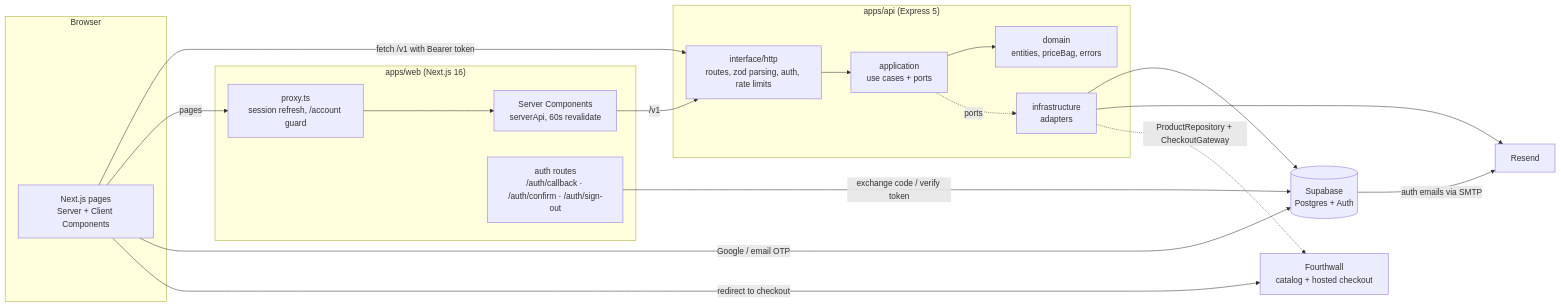
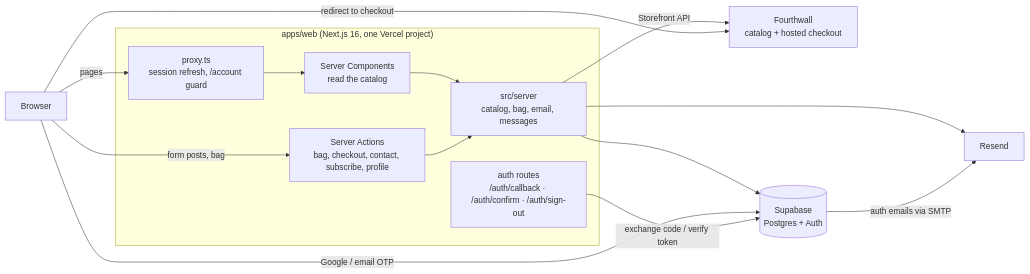
The first of 3 diagrams in docs/ARCHITECTURE.md (richardsotolongo/awebound), drawn with Mermaid before and after one commit. The commit also changed other lines of this file and 9 other files, not shown here.

````diff
--- a/docs/ARCHITECTURE.md
+++ b/docs/ARCHITECTURE.md
@@ -7,32 +7,24 @@
 ```mermaid
 flowchart LR
-  subgraph Browser
-    W[Next.js pages<br/>Server + Client Components]
-  end
-  subgraph Web["apps/web (Next.js 16)"]
+  B[Browser]
+  subgraph Web["apps/web (Next.js 16, one Vercel project)"]
     P[proxy.ts<br/>session refresh, /account guard]
-    RSC[Server Components<br/>serverApi, 60s revalidate]
+    RSC[Server Components<br/>read the catalog]
+    SA[Server Actions<br/>bag, checkout, contact, subscribe, profile]
+    S[src/server<br/>catalog, bag, email, messages]
     AR[auth routes<br/>/auth/callback · /auth/confirm · /auth/sign-out]
   end
-  subgraph API["apps/api (Express 5)"]
-    H[interface/http<br/>routes, zod parsing, auth, rate limits]
-    UC[application<br/>use cases + ports]
-    D[domain<br/>entities, priceBag, errors]
-    I[infrastructure<br/>adapters]
-  end
+  FW[Fourthwall<br/>catalog + hosted checkout]
   SB[(Supabase<br/>Postgres + Auth)]
   RS[Resend]
-  CP[Fourthwall<br/>catalog + hosted checkout]
 
-  W -- fetch /v1 with Bearer token --> H
-  W -- pages --> P --> RSC -- /v1 --> H
-  W -- Google / email OTP --> SB
+  B -- pages --> P --> RSC --> S
+  B -- form posts, bag --> SA --> S
+  S -- Storefront API --> FW
+  S --> SB
+  S --> RS
+  B -- Google / email OTP --> SB
   AR -- exchange code / verify token --> SB
-  H --> UC --> D
-  UC -. ports .-> I
-  I --> SB
-  I --> RS
-  I -. ProductRepository + CheckoutGateway .-> CP
-  W -- redirect to checkout --> CP
+  B -- redirect to checkout --> FW
   SB -- auth emails via SMTP --> RS
 ```
````
